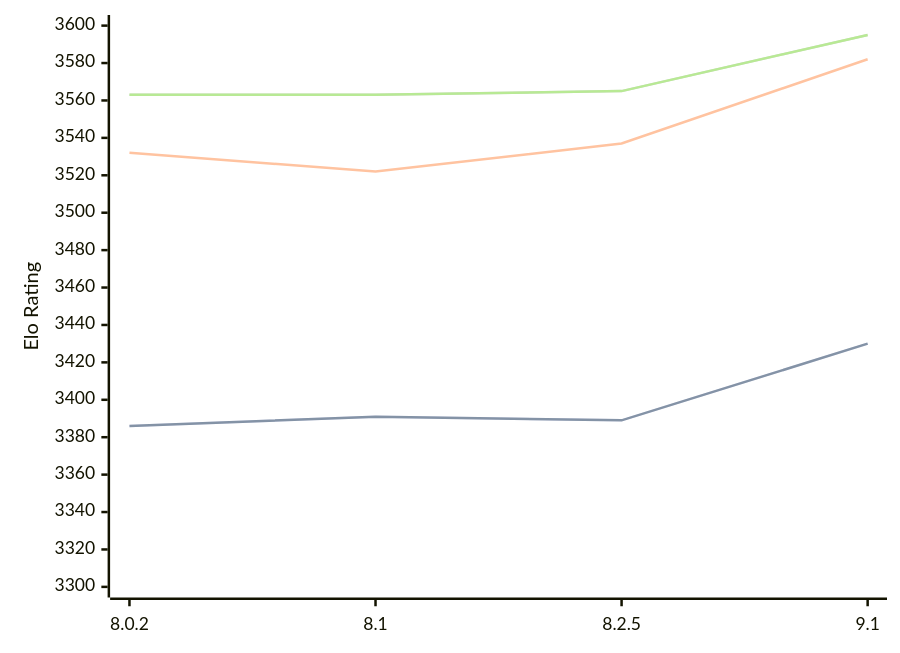
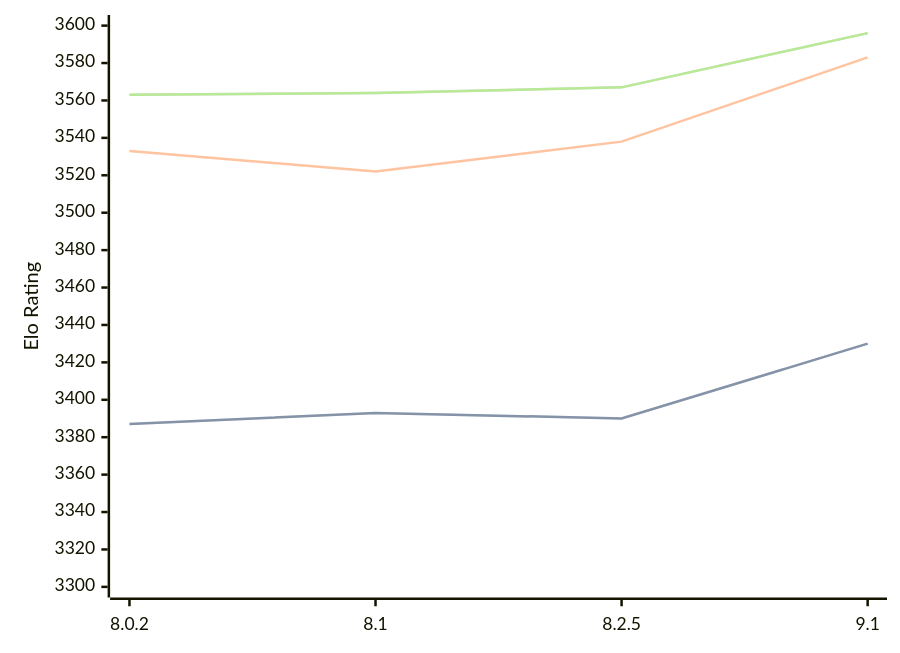
One commit to computer-chess-index/cci changed the diagram in engines/Clover.md. Above: the diagram before and after it, drawn with Mermaid. The commit also changed other lines of this file, not shown here.

Commit message:
Update CCI Ratings (ELO VLTC) - 2026-05-16

````diff
--- a/engines/Clover.md
+++ b/engines/Clover.md
@@ -64,11 +64,11 @@
 ```mermaid
 %%{init: {"theme":"base","themeVariables":{"seriesColors:['#a3a3a3','#222221','#faa371']}}}%%
 xychart-beta
   x-axis ["8.0.2", "8.1", "8.2.5", "9.1"]
   y-axis "Elo Rating" 3300 --> 3600
-  line "STC (8.0+0.08s)" [3386, 3391, 3389, 3430]
-  line "STC (8.0+0.08s)" [3386, 3391, 3389, 3430]
-  line "LTC (60.0+0.60s)" [3532, 3522, 3537, 3582]
-  line "VLTC (2m24s+1.12s)" [3563, 3563, 3565, 3595]
-  line "VLTC (2m24s+1.12s)" [3563, 3563, 3565, 3595]
+  line "STC (8.0+0.08s)" [3387, 3393, 3390, 3430]
+  line "STC (8.0+0.08s)" [3387, 3393, 3390, 3430]
+  line "LTC (60.0+0.60s)" [3533, 3522, 3538, 3583]
+  line "VLTC (2m24s+1.12s)" [3563, 3564, 3567, 3596]
+  line "VLTC (2m24s+1.12s)" [3563, 3564, 3567, 3596]
 ```
````
